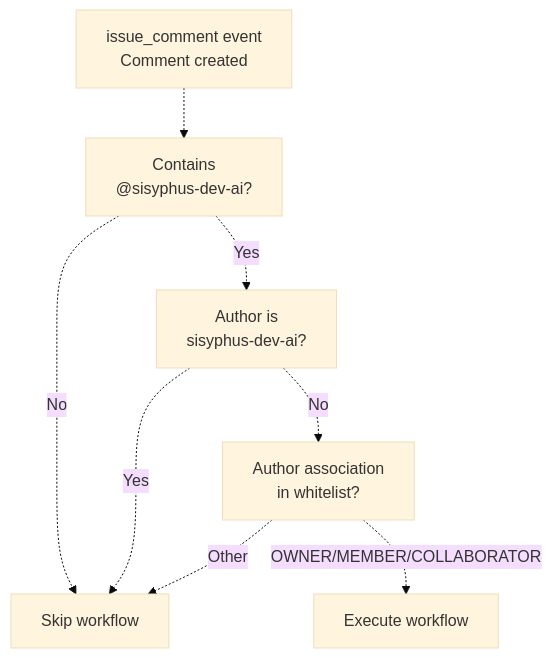
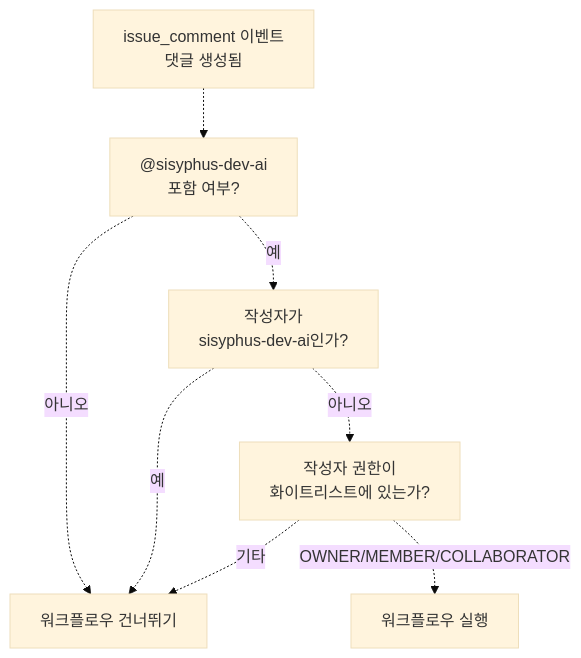
Before and after one commit to felipetruman/oh-my-opencode-docs: the first of 10 diagrams in docs/agents/github-workflow-integration.md, drawn with Mermaid (base theme). The commit also changed other lines of this file and 76 other files, not shown here.

````diff
--- a/docs/agents/github-workflow-integration.md
+++ b/docs/agents/github-workflow-integration.md
@@ -40,18 +40,18 @@
 ```mermaid
 flowchart TD
 
-Comment["issue_comment event<br>Comment created"]
-Check1["Contains<br>@sisyphus-dev-ai?"]
-Check2["Author is<br>sisyphus-dev-ai?"]
-Check3["Author association<br>in whitelist?"]
-Execute["Execute workflow"]
-Skip["Skip workflow"]
+Comment["issue_comment 이벤트<br>댓글 생성됨"]
+Check1["@sisyphus-dev-ai<br>포함 여부?"]
+Check2["작성자가<br>sisyphus-dev-ai인가?"]
+Check3["작성자 권한이<br>화이트리스트에 있는가?"]
+Execute["워크플로우 실행"]
+Skip["워크플로우 건너뛰기"]
 
 Comment -.-> Check1
-Check1 -.->|"No"| Skip
-Check1 -.->|"Yes"| Check2
-Check2 -.->|"Yes"| Skip
-Check2 -.->|"No"| Check3
+Check1 -.->|"아니오"| Skip
+Check1 -.->|"예"| Check2
+Check2 -.->|"예"| Skip
+Check2 -.->|"아니오"| Check3
 Check3 -.->|"OWNER/MEMBER/COLLABORATOR"| Execute
-Check3 -.->|"Other"| Skip
+Check3 -.->|"기타"| Skip
 ```
````
